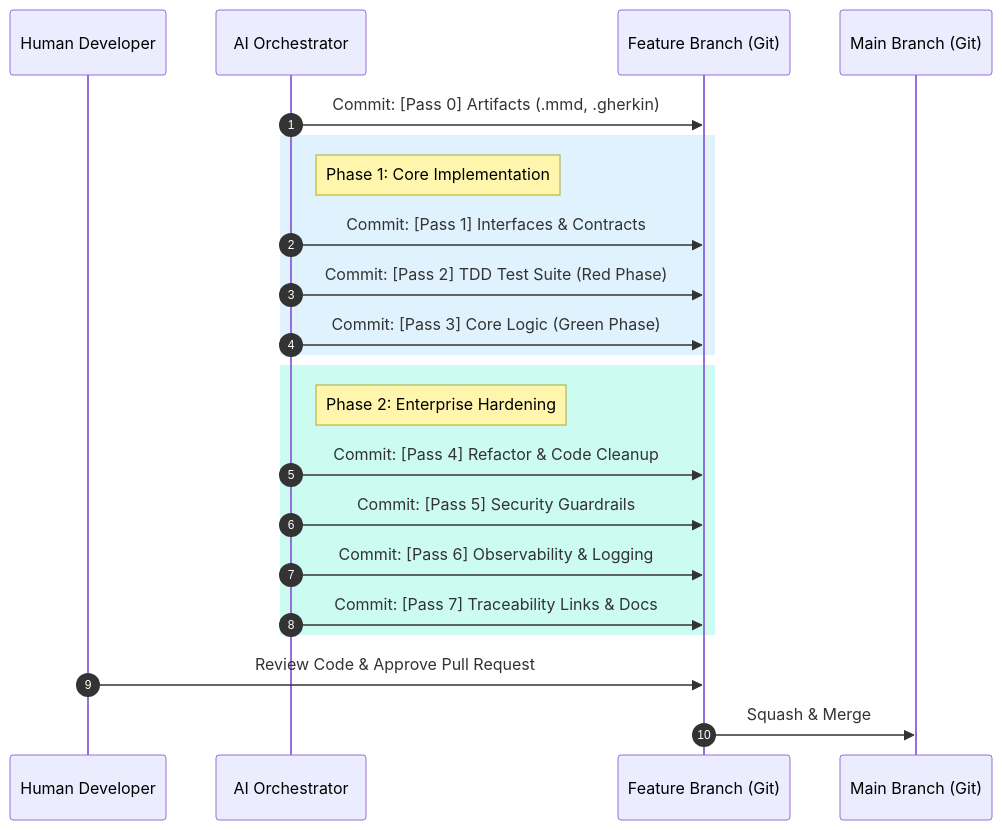
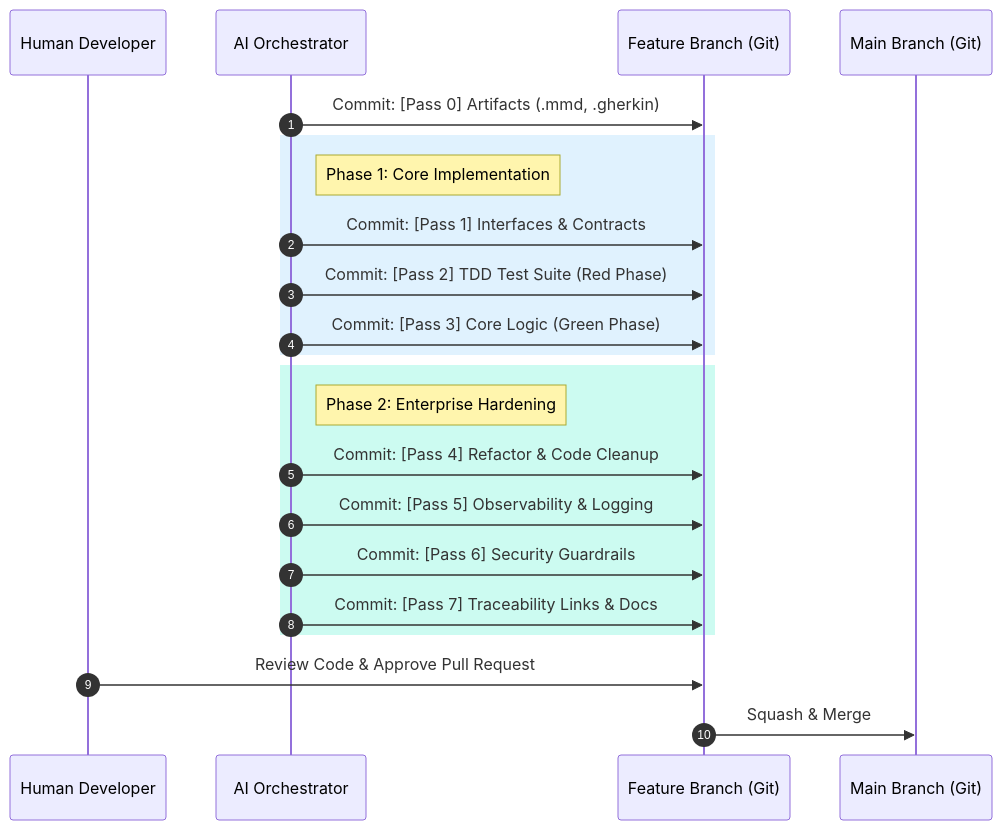
The tenth of 16 diagrams in docs/architecture-manifesto.md (Nistapp/agentic-tdd), drawn with Mermaid before and after one commit. The commit also changed other lines of this file and 6 other files, not shown here.

First line of the commit message:
docs: update pipeline docs for Observability→Security pass order

````diff
--- a/docs/architecture-manifesto.md
+++ b/docs/architecture-manifesto.md
@@ -663,37 +663,37 @@
 ```mermaid
 sequenceDiagram
     autonumber
     
     participant Dev as Human Developer
     participant Orch as AI Orchestrator
     participant Feature as Feature Branch (Git)
     participant Main as Main Branch (Git)
 
     %% Note over Dev, Orch: Feature Request & Architecture Approved
     
     Orch->>Feature: Commit: [Pass 0] Artifacts (.mmd, .gherkin)
     
     %% Light Blue background for functional coding
     rect rgb(224, 242, 254)
         Note right of Orch: Phase 1: Core Implementation
         Orch->>Feature: Commit: [Pass 1] Interfaces & Contracts
         Orch->>Feature: Commit: [Pass 2] TDD Test Suite (Red Phase)
         Orch->>Feature: Commit: [Pass 3] Core Logic (Green Phase)
     end
     
     %% Light Teal background for enterprise hygiene
     rect rgb(204, 251, 241)
         Note right of Orch: Phase 2: Enterprise Hardening
         Orch->>Feature: Commit: [Pass 4] Refactor & Code Cleanup
-        Orch->>Feature: Commit: [Pass 5] Security Guardrails
-        Orch->>Feature: Commit: [Pass 6] Observability & Logging
+        Orch->>Feature: Commit: [Pass 5] Observability & Logging
+        Orch->>Feature: Commit: [Pass 6] Security Guardrails
         Orch->>Feature: Commit: [Pass 7] Traceability Links & Docs
     end
 
     %% Note over Orch, Feature: Automated Pipeline Complete
     
     Dev->>Feature: Review Code & Approve Pull Request
     Feature->>Main: Squash & Merge
     
     %% Note over Main: Feature is Production-Ready
 ```
````
